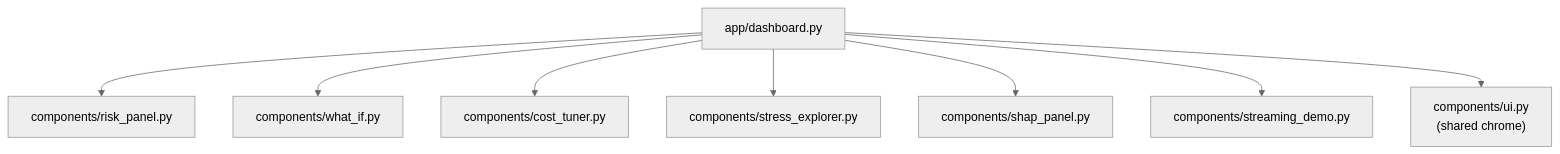
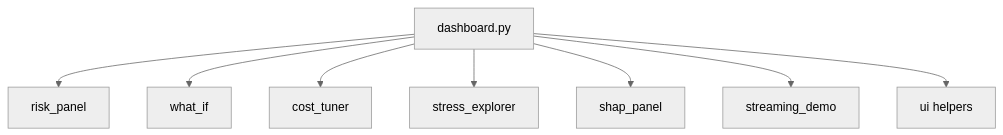
Before and after one commit to patel-manav20/TransitRisk-Machine-Learning-Project: the sixth of 6 diagrams in README.md, drawn with Mermaid (neutral theme). The commit also changed other lines of this file and 2 other files, not shown here.

First line of the commit message:
docs: simplify README with diagrams and dashboard assets folder

````diff
--- a/README.md
+++ b/README.md
@@ -387,11 +284,11 @@
 ```mermaid
 flowchart TB
-  D["app/dashboard.py"]
-  D --> R["components/risk_panel.py"]
-  D --> W["components/what_if.py"]
-  D --> C["components/cost_tuner.py"]
-  D --> ST["components/stress_explorer.py"]
-  D --> SH["components/shap_panel.py"]
-  D --> LV["components/streaming_demo.py"]
-  D --> U["components/ui.py\n(shared chrome)"]
+  D[dashboard.py]
+  D --> R[risk_panel]
+  D --> W[what_if]
+  D --> C[cost_tuner]
+  D --> ST[stress_explorer]
+  D --> SH[shap_panel]
+  D --> LV[streaming_demo]
+  D --> UI[ui helpers]
 ```
````
